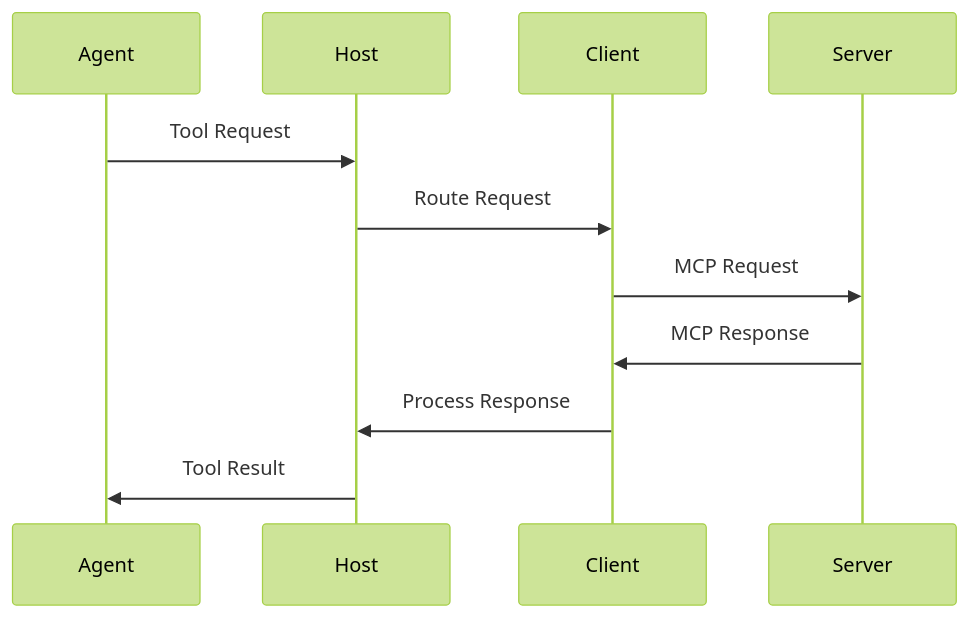
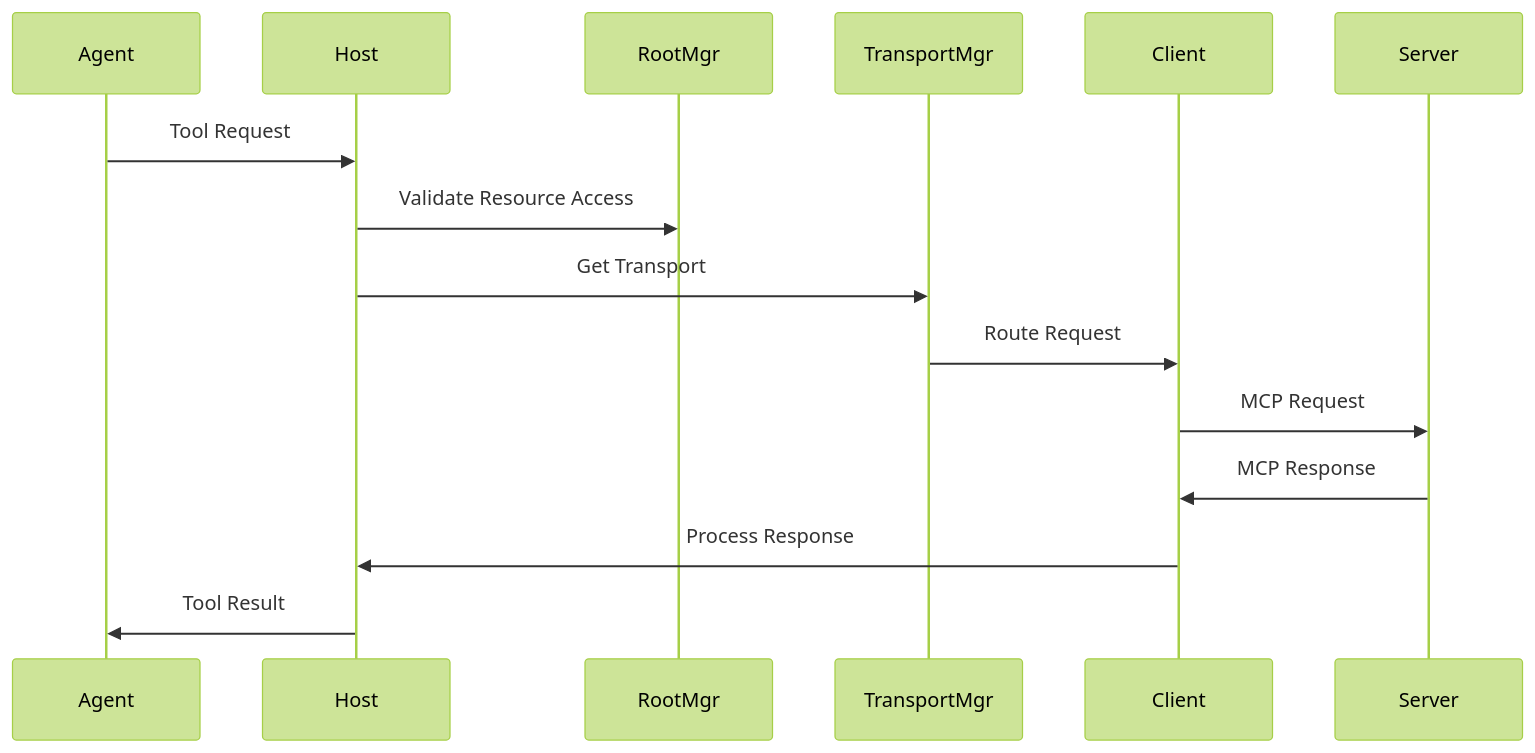
One commit to Aurite-ai/aurite-agents changed the third of 3 diagrams in docs/mcp_architecture.md. Above: the diagram before and after it, drawn with Mermaid (forest theme). The commit also changed other lines of this file and 12 other files, not shown here.

````diff
--- a/docs/mcp_architecture.md
+++ b/docs/mcp_architecture.md
@@ -88,14 +137,18 @@
 ```mermaid
 sequenceDiagram
     participant Agent
     participant Host
+    participant RootMgr
+    participant TransportMgr
     participant Client
     participant Server
 
     Agent->>Host: Tool Request
-    Host->>Client: Route Request
+    Host->>RootMgr: Validate Resource Access
+    Host->>TransportMgr: Get Transport
+    TransportMgr->>Client: Route Request
     Client->>Server: MCP Request
     Server->>Client: MCP Response
     Client->>Host: Process Response
     Host->>Agent: Tool Result
 ```
````
